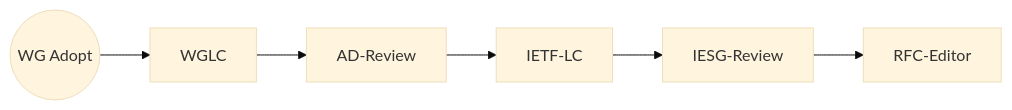
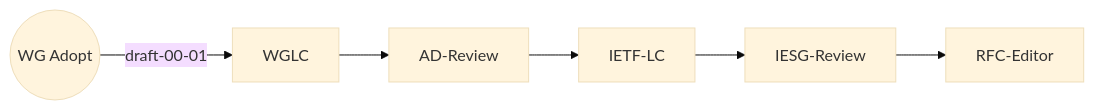
Before and after one commit to ietf-wg-httpapi/ietf-wg-httpapi.github.io: the second of 8 diagrams in index.md, drawn with Mermaid (base theme).

Commit message:
Added missing draft

````diff
--- a/index.md
+++ b/index.md
@@ -32,8 +32,8 @@
 ```mermaid
 graph LR
-    WG-Adopt((WG Adopt)) --> WGLC
+    WG-Adopt((WG Adopt)) --draft-00-01--> WGLC
     WGLC --> AD-Review
     AD-Review --> IETF-LC
     IETF-LC --> IESG-Review
     IESG-Review --> RFC-Editor
 ```
````
